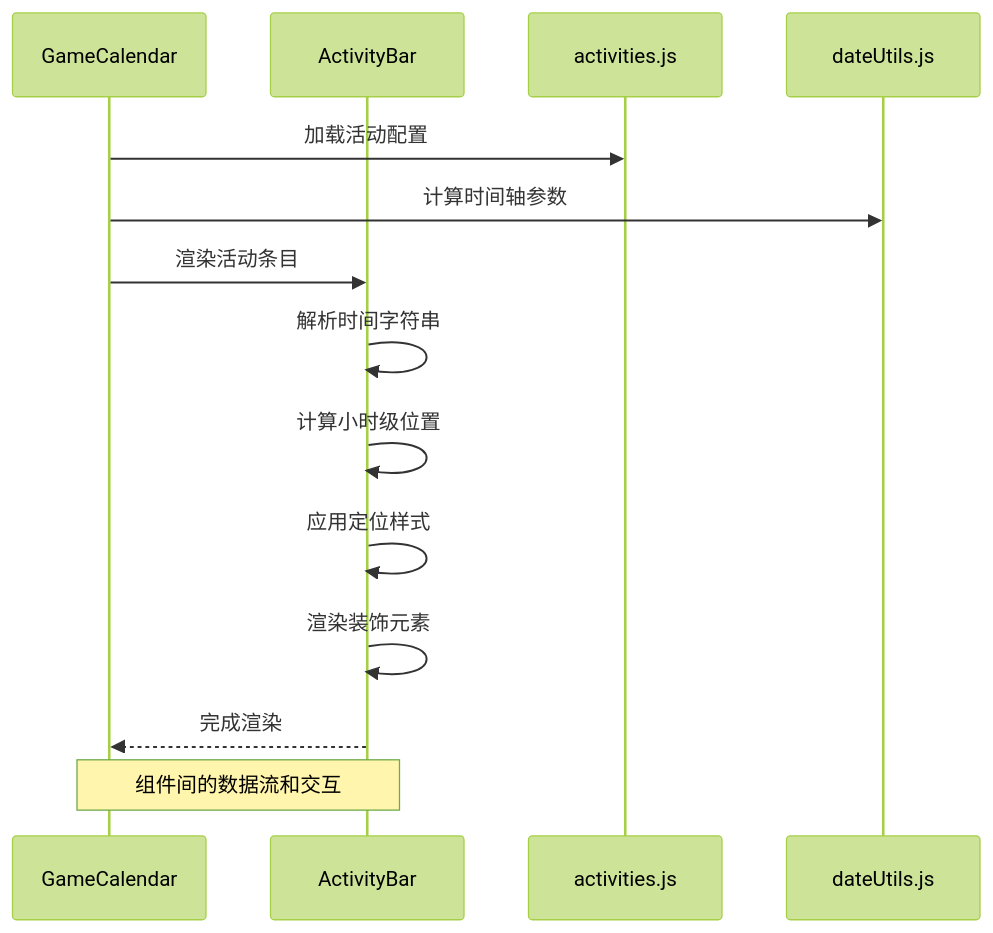
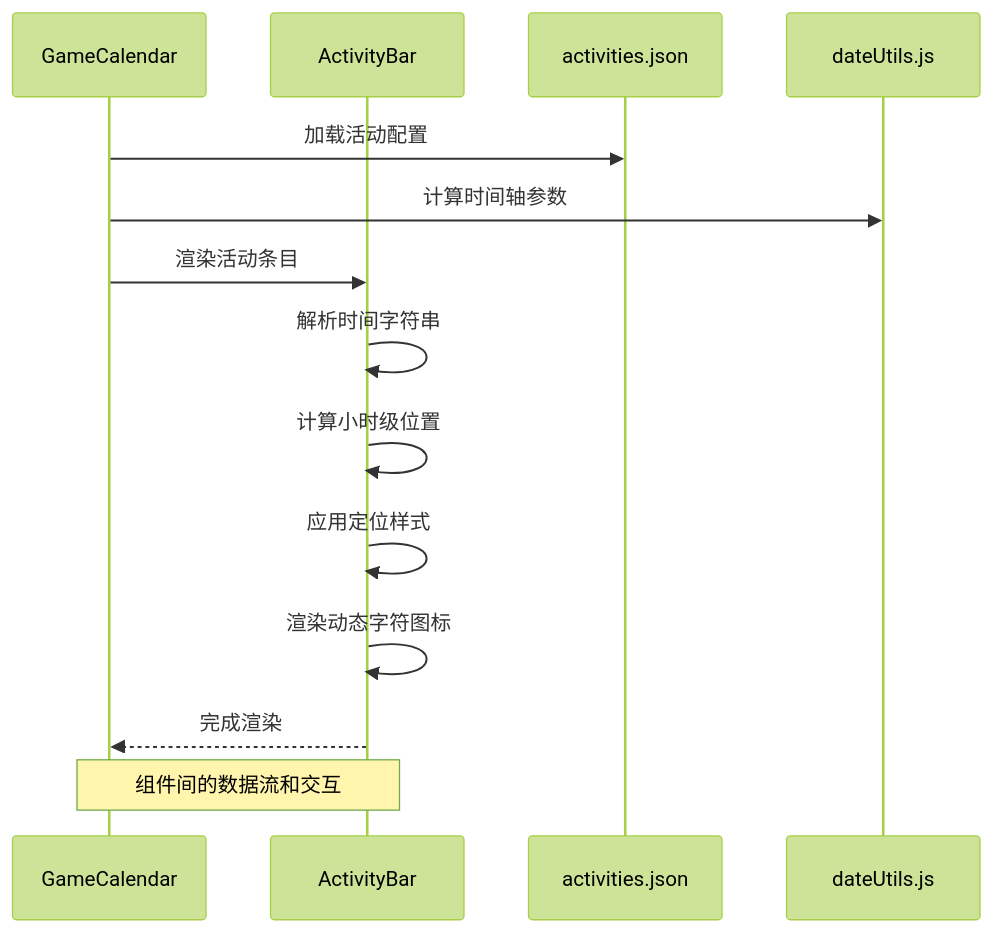
The second of 9 diagrams in .qoder/repowiki/zh/content/核心组件/ActivityBar 活动条目组件.md (xuanyulingnfeg/gameCalendar), drawn with Mermaid (forest theme) before and after one commit. The commit also changed other lines of this file and 7 other files, not shown here.

````diff
--- a/.qoder/repowiki/zh/content/核心组件/ActivityBar 活动条目组件.md
+++ b/.qoder/repowiki/zh/content/核心组件/ActivityBar 活动条目组件.md
@@ -139,16 +138,16 @@
 ```mermaid
 sequenceDiagram
 participant GC as GameCalendar
 participant AB as ActivityBar
-participant AC as activities.js
+participant AC as activities.json
 participant DU as dateUtils.js
 GC->>AC : 加载活动配置
 GC->>DU : 计算时间轴参数
 GC->>AB : 渲染活动条目
 AB->>AB : 解析时间字符串
 AB->>AB : 计算小时级位置
 AB->>AB : 应用定位样式
-AB->>AB : 渲染装饰元素
+AB->>AB : 渲染动态字符图标
 AB-->>GC : 完成渲染
 Note over GC,AB : 组件间的数据流和交互
 ```
````
